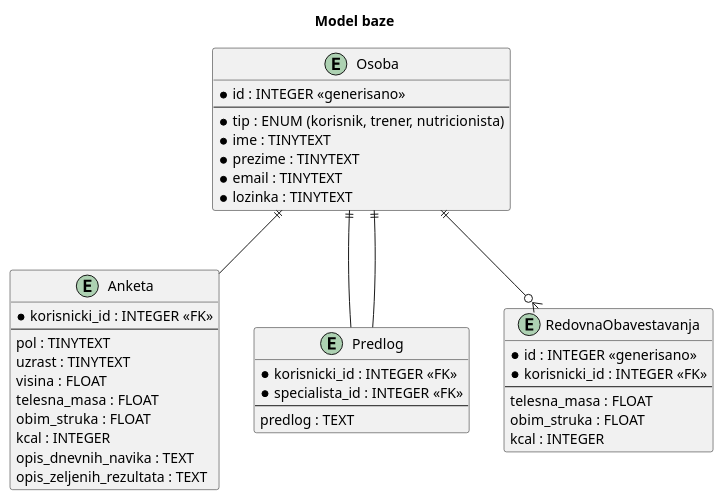
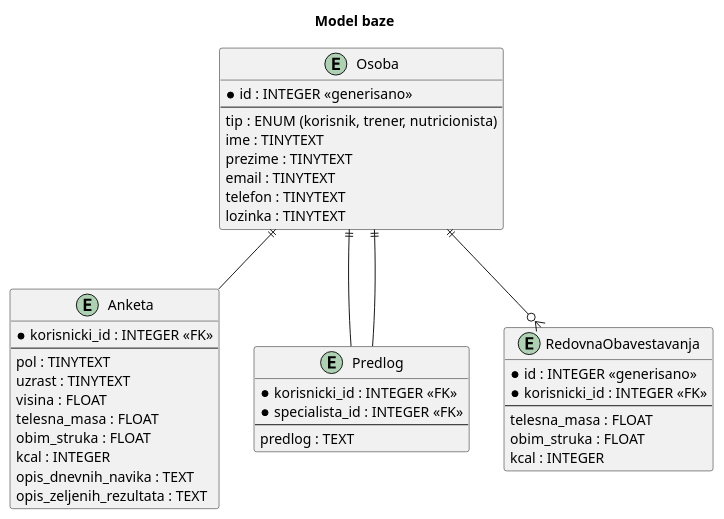
One commit to ognjenognjen123/webispit changed the diagram in dokumentacija/baza.puml. Above: the diagram before and after it, drawn with PlantUML. The commit also changed 4 other files, not shown here.

```diff
--- a/dokumentacija/baza.puml
+++ b/dokumentacija/baza.puml
@@ -1,62 +1,63 @@
 @startuml
 'https://plantuml.com/sequence-diagram
 
 'Korisnici se registruju unosom imena, prezimena, jedinstvene adrese elektronske pošte, jedinstvenog broja telefona i željene lozinke za nalog. Kada se prijave, imaju mogućnost za popune anketu za prikupljanje podataka o njihovoj visini, telesnoj masi, obimu struka, polu, uzrastu, količini dnevnog unosa hrane (u kcal), kao i o svojim dnevnim navikama (učestalost kretanja, vežbanja, sedenja za stolom ili računarom, stajanja itd), kao i opisa željenih rezultata planiranog treninga i plana ishrane.
 
 ' Ove prikupljene podatke iz ankete gledaju jedan trener i jedan nutricionista koji prema sadržaju ankete prave mesečni plan treninga i plan ishrane, respektivno. Svoje planove sastavljaju u direktnom usmenom dogovoru koji se odvija izvan okvira aplikacije. Trener i nutricionista se na aplikaciju prijavljuju sa svojim pristupnim parametrima. Ove dve grupe korisnika se razlikuju samo po svojoj oznaci uloge (trener ili nutricionista) i nisu posebni entiteti u bazi aplikacije.
 
 ' Kada i trener i nutricionista popune predložene planove treninga i ishrane za korisnika, korisnik tek tada na svom profilu može da vidi te planove.
 
  ' Korisnik treba u okviru svog profila redovno da unosi, na dnevnom nivou, na početku dana podatke o izmerenoj telesnoj masi i obimu struka, kao i na kraju dana podatke o izmerenoj telesnoj masi, obimu struka, i o unetoj količini hrane tog dana (okvirno sračunatu u kcal). Na osnovu ovih podataka, trener ili nutricionista povremeno mogu da pregledaju dostupne informacije i mogu da unesu izmenu u tekstu svojih planova treninga i ishrane, a čemu korisnik dobija obaveštenje elektronskom poštom.
 
 title Model baze
 
 entity Osoba {
   *id : INTEGER <<generisano>>
   --
-  *tip : ENUM (korisnik, trener, nutricionista)
-  *ime : TINYTEXT
-  *prezime : TINYTEXT
-  *email : TINYTEXT
-  *lozinka : TINYTEXT
+  tip : ENUM (korisnik, trener, nutricionista)
+  ime : TINYTEXT
+  prezime : TINYTEXT
+  email : TINYTEXT
+  telefon : TINYTEXT
+  lozinka : TINYTEXT
 }
 
 entity Anketa {
   *korisnicki_id : INTEGER <<FK>>
   --
   pol : TINYTEXT
   uzrast : TINYTEXT
   visina : FLOAT
   telesna_masa : FLOAT
   obim_struka : FLOAT
   kcal : INTEGER
   opis_dnevnih_navika : TEXT
   opis_zeljenih_rezultata : TEXT
 }
 
 entity Predlog {
   *korisnicki_id : INTEGER <<FK>>
   *specialista_id : INTEGER <<FK>>
   --
   predlog : TEXT
 }
 
 entity RedovnaObavestavanja {
   *id : INTEGER <<generisano>>
   *korisnicki_id : INTEGER <<FK>>
   --
   telesna_masa : FLOAT
   obim_struka : FLOAT
   kcal : INTEGER
 }
 
 
 Osoba ||-- Anketa
 ' predlog je manjenjen tacnpo jednom korisniku
 Osoba ||-- Predlog
 ' predlog je napisan od tacno jednog specjaliste, tj. trenera ili nutricioniste
 Osoba ||-- Predlog
 
 Osoba ||--o{ RedovnaObavestavanja
 
 @enduml
```
